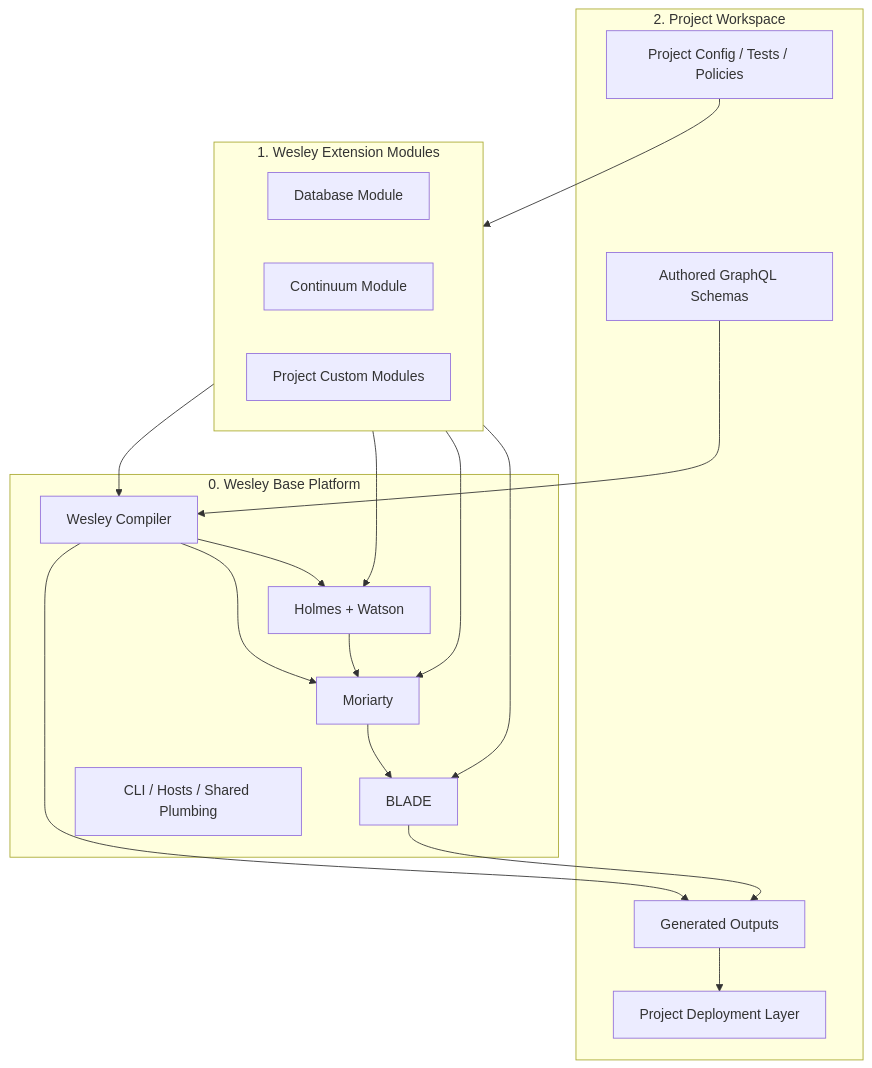
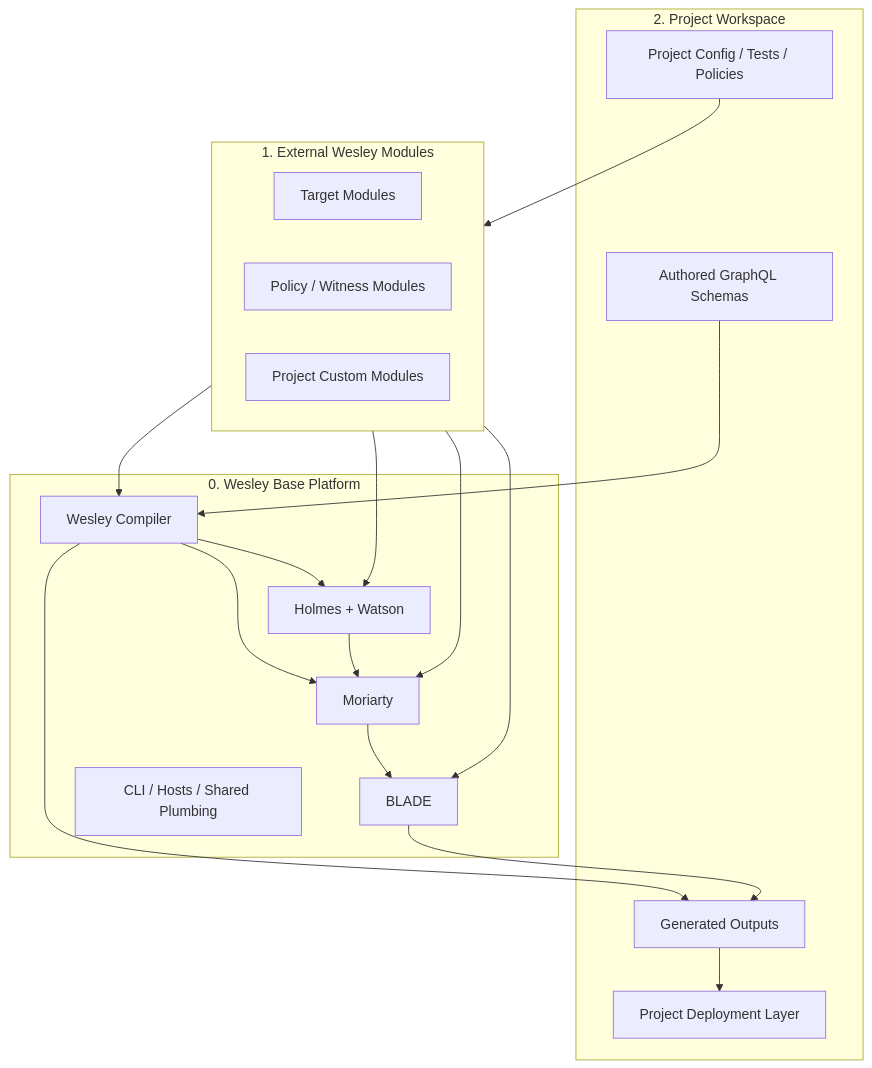
Before and after one commit to flyingrobots/wesley: the diagram in docs/ARCHITECTURE.md, drawn with Mermaid. The commit also changed other lines of this file and 32 other files, not shown here.

````diff
--- a/docs/ARCHITECTURE.md
+++ b/docs/ARCHITECTURE.md
@@ -19,37 +19,37 @@
 ```mermaid
 flowchart TD
     subgraph Project["2. Project Workspace"]
         SDL[Authored GraphQL Schemas]
         CFG[Project Config / Tests / Policies]
         OUT[Generated Outputs]
         DEP[Project Deployment Layer]
     end
 
-    subgraph Modules["1. Wesley Extension Modules"]
-        DB[Database Module]
-        CONT[Continuum Module]
+    subgraph Modules["1. External Wesley Modules"]
+        TARGETS[Target Modules]
+        POLICY[Policy / Witness Modules]
         CUSTOM[Project Custom Modules]
     end
 
     subgraph Base["0. Wesley Base Platform"]
         W[Wesley Compiler]
         H[Holmes + Watson]
         M[Moriarty]
         B[BLADE]
         HOST[CLI / Hosts / Shared Plumbing]
     end
 
     SDL --> W
     CFG --> Modules
     Modules --> W
     Modules --> H
     Modules --> M
     Modules --> B
     W --> H
     W --> M
     H --> M
     M --> B
     W --> OUT
     B --> OUT
     OUT --> DEP
 ```
````
